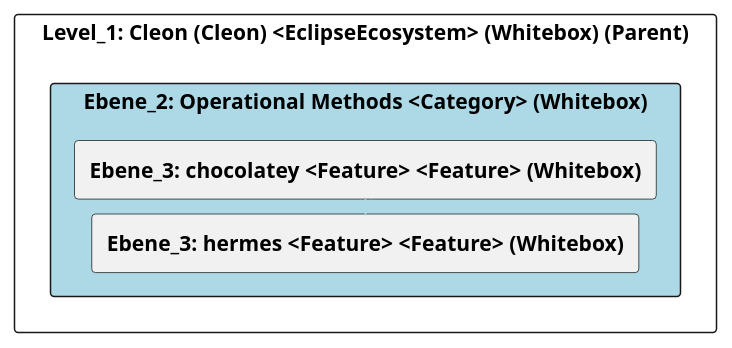
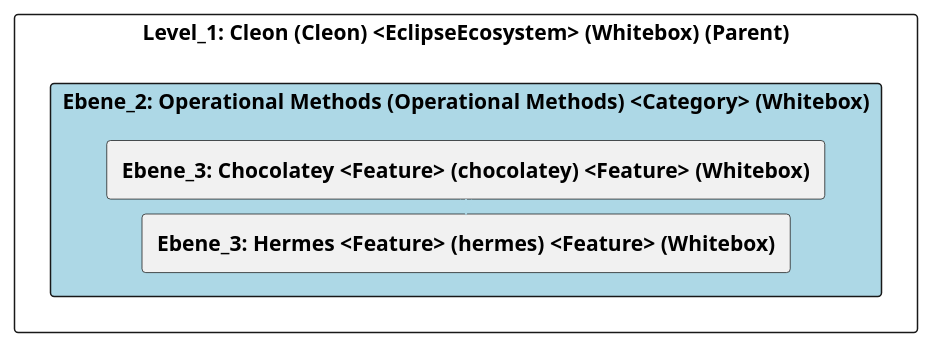
The diagram in doc/cleonproject_deliverables_architecture_model_architecture/adoc/de/05_bausteinsicht/cleon/operational_methods/ebene_2_operational_methods.adoc (marcozwyssig/cleon), drawn with PlantUML before and after one commit. The commit also changed other lines of this file and 166 other files, not shown here.

```diff
--- a/doc/cleonproject_deliverables_architecture_model_architecture/adoc/de/05_bausteinsicht/cleon/operational_methods/ebene_2_operational_methods.adoc
+++ b/doc/cleonproject_deliverables_architecture_model_architecture/adoc/de/05_bausteinsicht/cleon/operational_methods/ebene_2_operational_methods.adoc
@@ -20,28 +20,28 @@
-[plantuml, Ebene_2: Operational Methods <Category> (Whitebox)BlockOverview, format="svg"]
+[plantuml, Ebene_2: Operational Methods (Operational Methods) <Category> (Whitebox)BlockOverview, format="svg"]
 ----
-@startuml Ebene_2: Operational Methods <Category> (Whitebox)BuildingBlockOverview
+@startuml Ebene_2: Operational Methods (Operational Methods) <Category> (Whitebox)BuildingBlockOverview
 
 skinparam ranksep 10
 skinparam componentStyle rectangle
 skinparam shadowing false
 skinparam arrowColor lightblue
 skinparam arrowThickness 1.2
 skinparam rectangle {
   BackgroundColor White
   BorderColor #333
   RoundCorner 10
 }
 top to bottom direction
 
 component "Level_1: Cleon (Cleon) <EclipseEcosystem> (Whitebox) (Parent)" {
-    component "Ebene_2: Operational Methods <Category> (Whitebox)" #lightblue {
-        [**Ebene_3: chocolatey <Feature> <Feature> (Whitebox)**] as 49055817_D579_11EE_903E_9F564E4DE07E
-        [**Ebene_3: hermes <Feature> <Feature> (Whitebox)**] as 3BB60AD5_D421_11EF_BDEF_4D33DBCE89CB
+    component "Ebene_2: Operational Methods (Operational Methods) <Category> (Whitebox)" #lightblue {
+        [**Ebene_3: Chocolatey <Feature> (chocolatey) <Feature> (Whitebox)**] as 49055817_D579_11EE_903E_9F564E4DE07E
+        [**Ebene_3: Hermes <Feature> (hermes) <Feature> (Whitebox)**] as 3BB60AD5_D421_11EF_BDEF_4D33DBCE89CB
     }
 
     49055817_D579_11EE_903E_9F564E4DE07E -down-> 3BB60AD5_D421_11EF_BDEF_4D33DBCE89CB
     
 }
 
 @enduml
 ----
```
